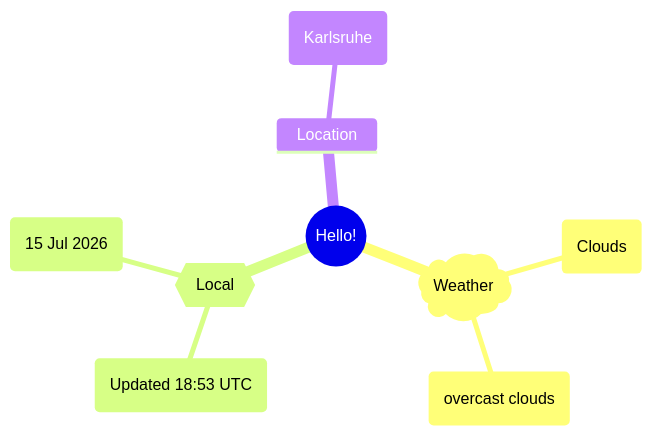
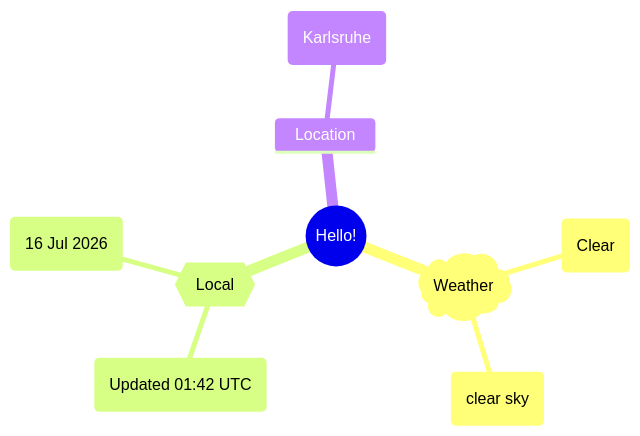
Before and after one commit to Xosrov/Xosrov: the first of 2 diagrams in README.md, drawn with Mermaid.

Commit message:
[bot] updated images

````diff
--- a/README.md
+++ b/README.md
@@ -3,12 +3,12 @@
 ```mermaid
 mindmap
   root((Hello!))
     )Weather(
-        (Clouds)
-        (overcast clouds)
+        (Clear)
+        (clear sky)
     {{Local}}
-        (Updated 18:53 UTC)
-        (15 Jul 2026)
+        (Updated 01:42 UTC)
+        (16 Jul 2026)
     Location
         (Karlsruhe)
 ```
````
